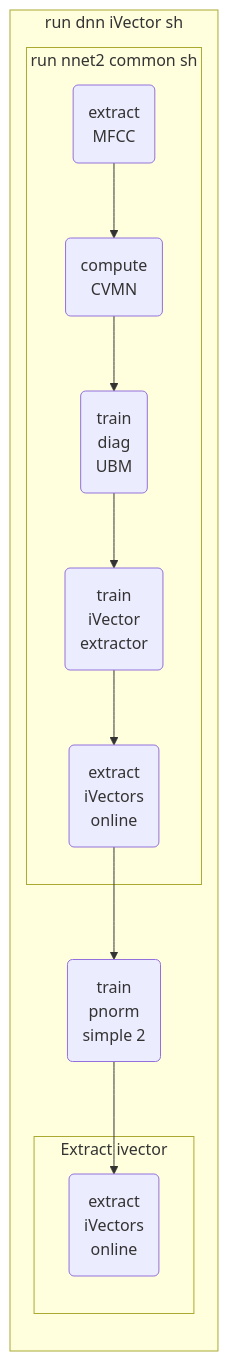
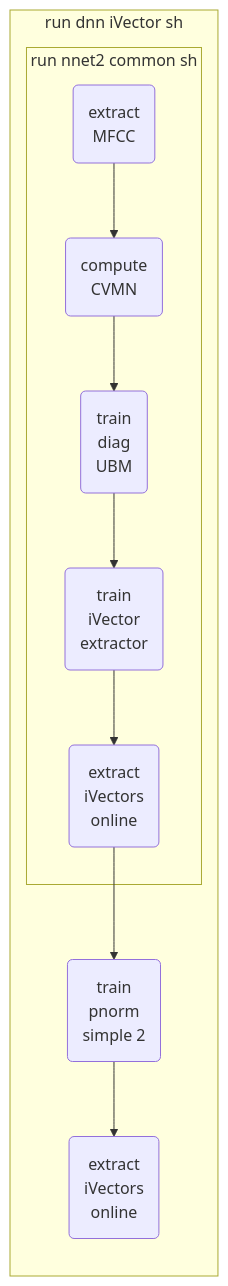
The second of 2 diagrams in README.md (falabrasil/kaldi-br), drawn with Mermaid before and after one commit.

Commit message:
Delete Extract ivector subgraph

````diff
--- a/README.md
+++ b/README.md
@@ -113,22 +113,20 @@
 ```mermaid
 graph LR;
     A --> B
     B --> C
     C --> D
     D --> E
     E --> F
     F --> G
     subgraph "run dnn iVector sh"
         subgraph "run nnet2 common sh"
             A("extract<br>MFCC")
             B("compute<br>CVMN")
             C("train<br>diag<br>UBM")
             D("train<br>iVector<br>extractor")
             E("extract<br>iVectors<br>online")
         end
         F("train<br>pnorm<br>simple 2")
-        subgraph "Extract ivector"
-            G("extract<br>iVectors<br>online")
-        end
+        G("extract<br>iVectors<br>online")
     end
 ```
````
